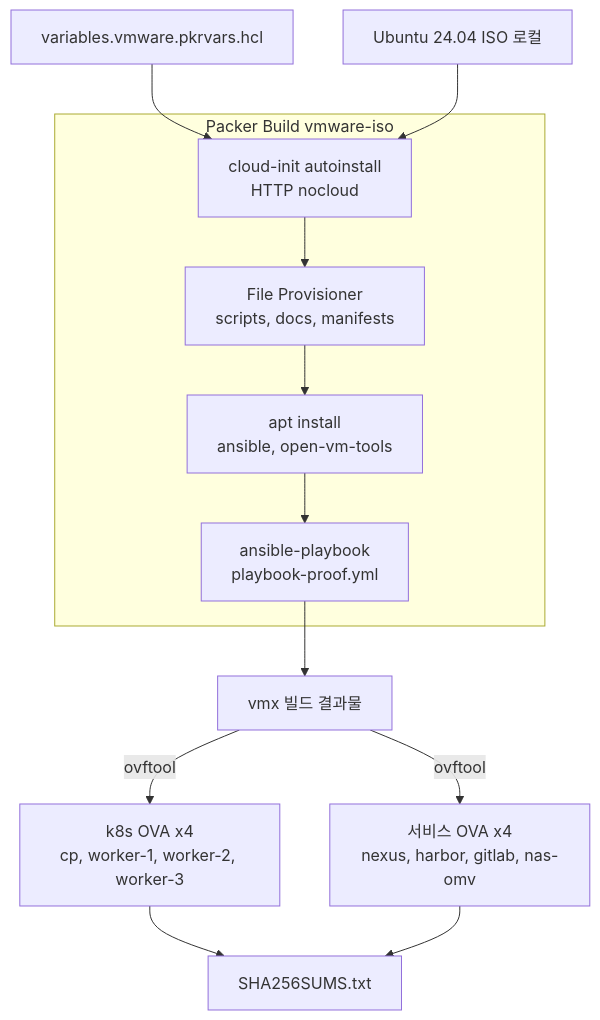
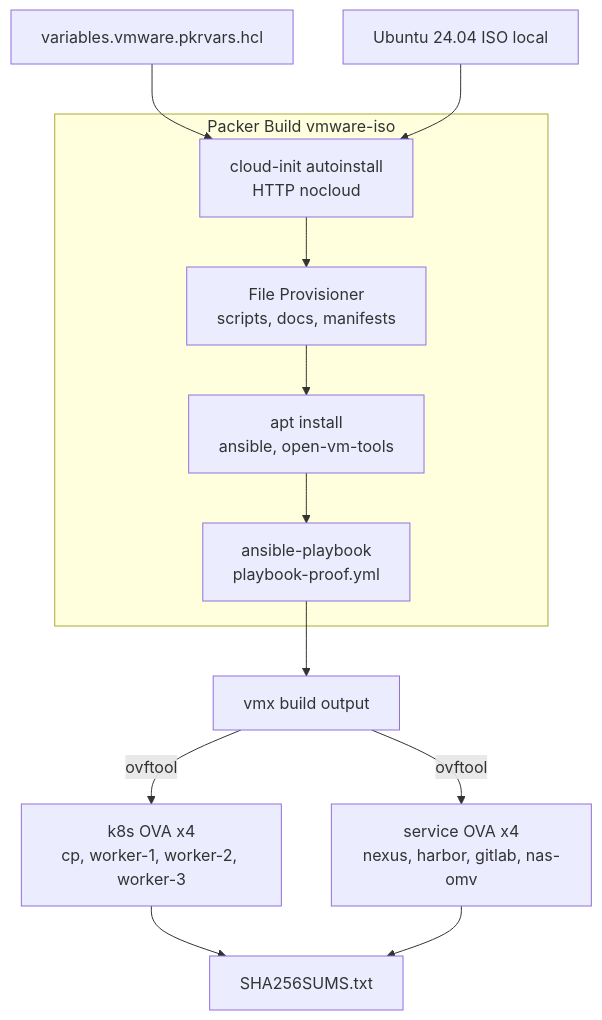
The fifth of 6 diagrams in README.md (edumgt/k8s-jupyter-lab), drawn with Mermaid before and after one commit. The commit also changed other lines of this file and 6 other files, not shown here.

````diff
--- a/README.md
+++ b/README.md
@@ -204,22 +205,22 @@
 ```mermaid
 graph TD
     VARS["variables.vmware.pkrvars.hcl"]
-    ISO_FILE["Ubuntu 24.04 ISO 로컬"]
+    ISO_FILE["Ubuntu 24.04 ISO local"]
 
     subgraph PACKER_BUILD["Packer Build vmware-iso"]
         CLOUD_INIT["cloud-init autoinstall\nHTTP nocloud"]
         FILE_COPY["File Provisioner\nscripts, docs, manifests"]
         APT_INST["apt install\nansible, open-vm-tools"]
         PLAYBOOK["ansible-playbook\nplaybook-proof.yml"]
         CLOUD_INIT --> FILE_COPY --> APT_INST --> PLAYBOOK
     end
 
     VARS --> CLOUD_INIT
     ISO_FILE --> CLOUD_INIT
-    PLAYBOOK --> VMX["vmx 빌드 결과물"]
+    PLAYBOOK --> VMX["vmx build output"]
 
     VMX -->|"ovftool"| OVA_K8S["k8s OVA x4\ncp, worker-1, worker-2, worker-3"]
-    VMX -->|"ovftool"| OVA_SVC["서비스 OVA x4\nnexus, harbor, gitlab, nas-omv"]
+    VMX -->|"ovftool"| OVA_SVC["service OVA x4\nnexus, harbor, gitlab, nas-omv"]
     OVA_K8S --> SHA["SHA256SUMS.txt"]
     OVA_SVC --> SHA
 ```
````
